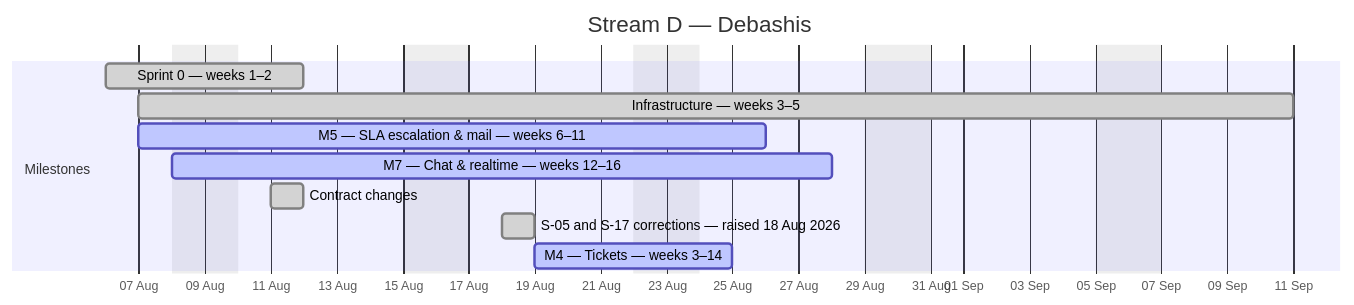
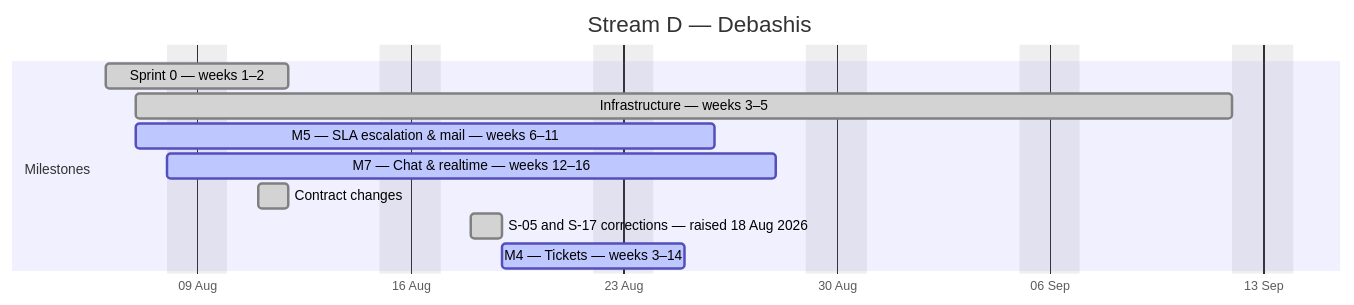
Before and after one commit to debashisedunext/EduTrack: the fourth of 4 diagrams in docs/plan/GANTT.md, drawn with Mermaid. The commit also changed other lines of this file and 4 other files, not shown here.

````diff
--- a/docs/plan/GANTT.md
+++ b/docs/plan/GANTT.md
@@ -125,15 +129,15 @@
 ```mermaid
 gantt
     dateFormat YYYY-MM-DD
     axisFormat %d %b
     title Stream D — Debashis
     excludes weekends
     section Milestones
     Sprint 0 — weeks 1–2 :done, d0, 2026-08-06, 4d
-    Infrastructure — weeks 3–5 :done, d1, 2026-08-07, 25d
+    Infrastructure — weeks 3–5 :done, d1, 2026-08-07, 26d
     M5 — SLA  escalation & mail — weeks 6–11 :active, d2, 2026-08-07, 13d
     M7 — Chat & realtime — weeks 12–16 :active, d3, 2026-08-08, 15d
     Contract changes :done, d4, 2026-08-11, 1d
     S-05 and S-17 corrections — raised 18 Aug 2026 :done, d5, 2026-08-18, 1d
     M4 — Tickets — weeks 3–14 :active, d6, 2026-08-19, 4d
 ```
````
